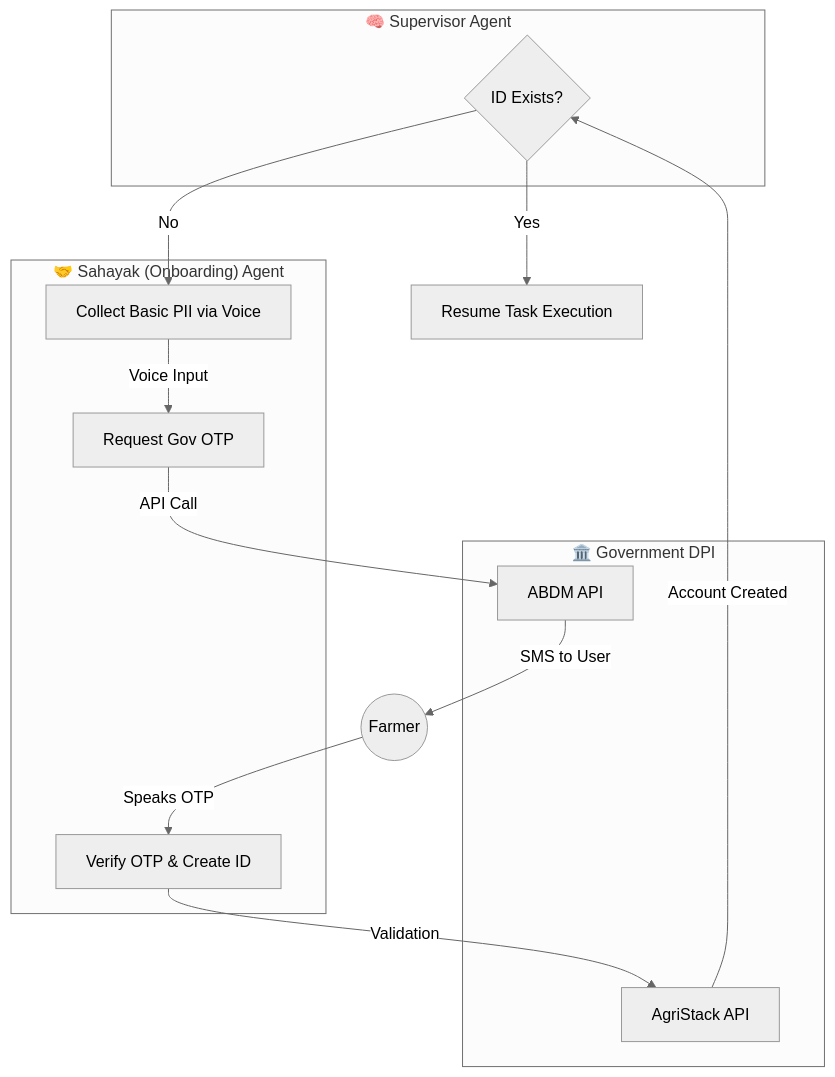
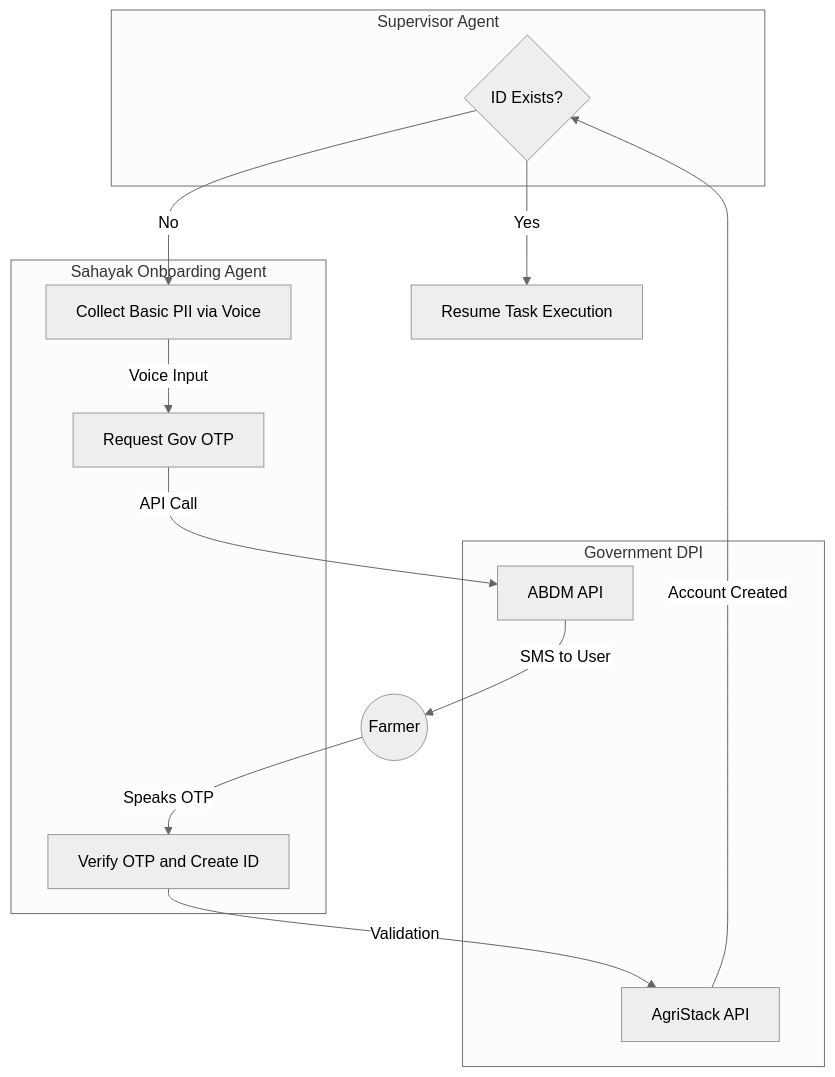
The fifth of 5 diagrams in design.md (hdama2992/AI-For-Bharat), drawn with Mermaid before and after one commit. The commit also changed other lines of this file and 2 other files, not shown here.

````diff
--- a/design.md
+++ b/design.md
@@ -102,27 +323,27 @@
 ```mermaid
 %%{init: {'theme': 'neutral'}}%%
 flowchart TD
-    subgraph Supervisor["🧠 Supervisor Agent"]
+    subgraph Supervisor["Supervisor Agent"]
         CheckID{ID Exists?}
     end
 
-    subgraph Sahayak["🤝 Sahayak (Onboarding) Agent"]
+    subgraph Sahayak["Sahayak Onboarding Agent"]
         CollectData[Collect Basic PII via Voice]
         TriggerOTP[Request Gov OTP]
-        VerifyOTP[Verify OTP & Create ID]
+        VerifyOTP[Verify OTP and Create ID]
     end
 
-    subgraph DPI["🏛️ Government DPI"]
+    subgraph DPI["Government DPI"]
         ABHA_API[ABDM API]
         Agri_API[AgriStack API]
     end
 
     CheckID -- No --> CollectData
     CollectData -- Voice Input --> TriggerOTP
     TriggerOTP -- API Call --> ABHA_API
     ABHA_API -- SMS to User --> User((Farmer))
     User -- Speaks OTP --> VerifyOTP
     VerifyOTP -- Validation --> Agri_API
     Agri_API -- Account Created --> CheckID
     CheckID -- Yes --> Success[Resume Task Execution]
 ```
````
